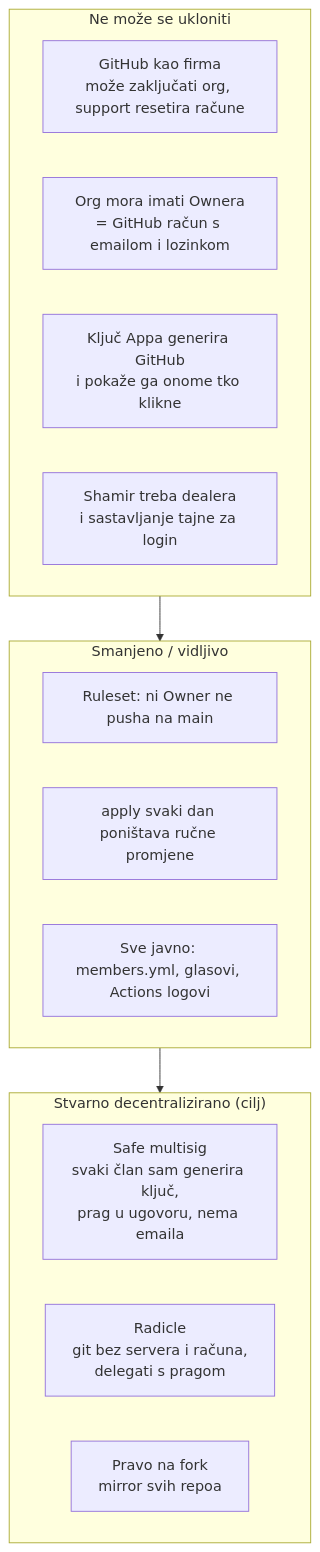
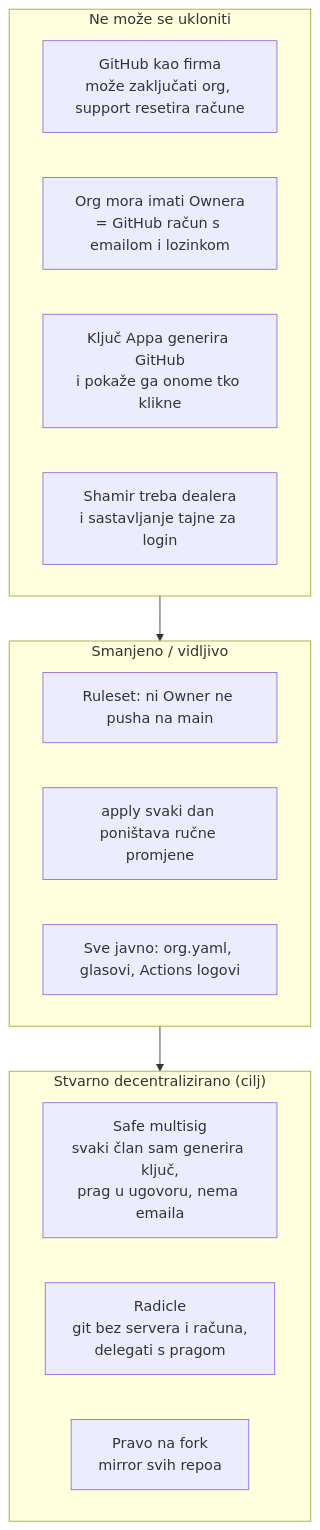
The ninth of 14 diagrams in docs/arhitektura.md (catholicit/governance), drawn with Mermaid before and after one commit. The commit also changed other lines of this file and 11 other files, not shown here.

````diff
--- a/docs/arhitektura.md
+++ b/docs/arhitektura.md
@@ -323,20 +362,20 @@
 ```mermaid
 flowchart TB
     subgraph nemoguce["Ne može se ukloniti"]
         GHI["GitHub kao firma<br/>može zaključati org, support resetira račune"]
         OWN["Org mora imati Ownera<br/>= GitHub račun s emailom i lozinkom"]
         KEYGEN["Ključ Appa generira GitHub<br/>i pokaže ga onome tko klikne"]
         DEALER["Shamir treba dealera<br/>i sastavljanje tajne za login"]
     end
     subgraph smanjeno["Smanjeno / vidljivo"]
         RULE["Ruleset: ni Owner ne pusha na main"]
         DAILY["apply svaki dan poništava ručne promjene"]
-        PUBLIC["Sve javno: members.yml, glasovi, Actions logovi"]
+        PUBLIC["Sve javno: org.yaml, glasovi, Actions logovi"]
     end
     subgraph decentralizirano["Stvarno decentralizirano (cilj)"]
         SAFE["Safe multisig<br/>svaki član sam generira ključ,<br/>prag u ugovoru, nema emaila"]
         RAD["Radicle<br/>git bez servera i računa,<br/>delegati s pragom"]
         FORK["Pravo na fork<br/>mirror svih repoa"]
     end
     nemoguce --> smanjeno --> decentralizirano
 ```
````
